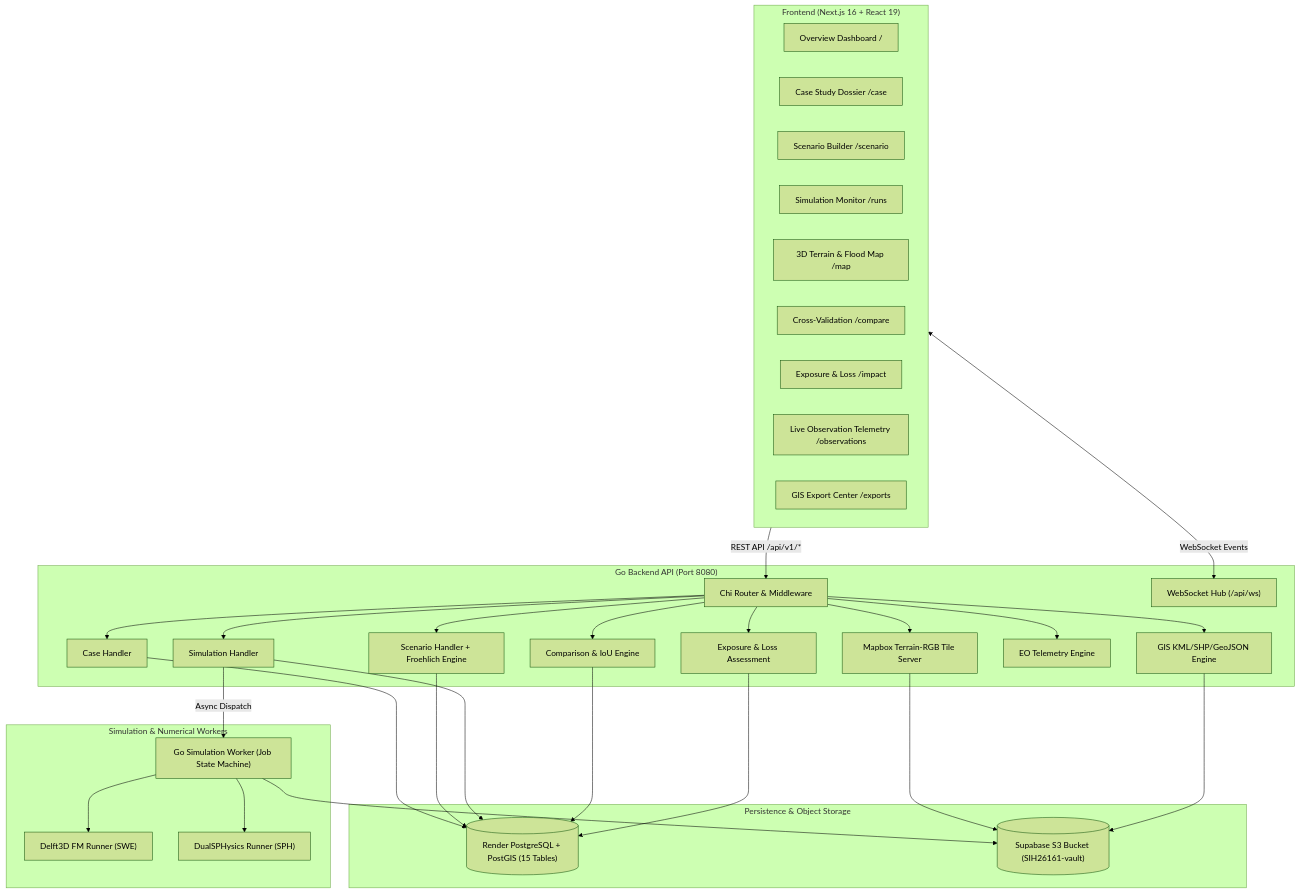
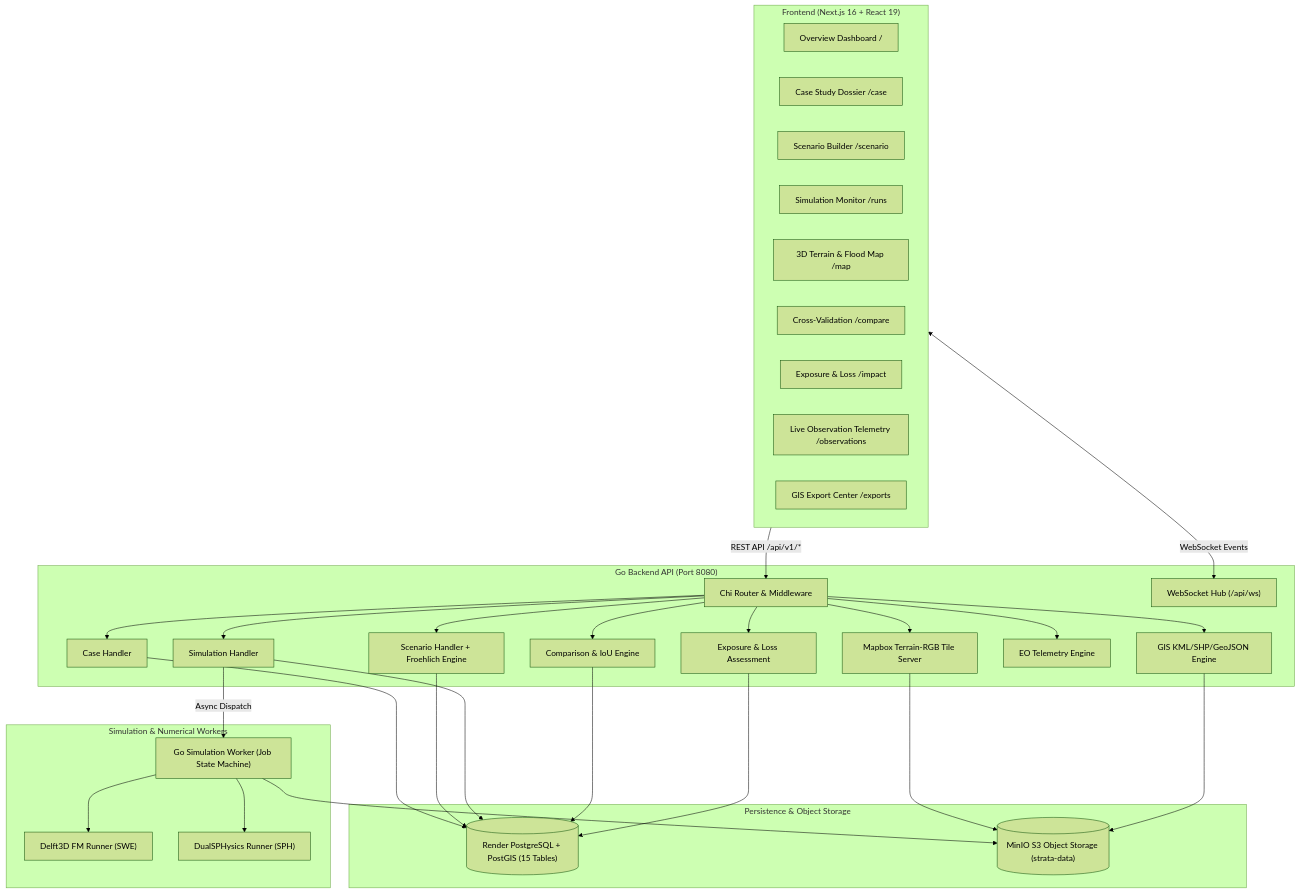
The diagram in docs/architecture/overview.md (adityajha-coder/SIH26161), drawn with Mermaid (forest theme) before and after one commit. The commit also changed other lines of this file and 8 other files, not shown here.

````diff
--- a/docs/architecture/overview.md
+++ b/docs/architecture/overview.md
@@ -3,46 +3,46 @@
 ```mermaid
 graph TD
     subgraph UI ["Frontend (Next.js 16 + React 19)"]
         Dashboard["Overview Dashboard /"]
         CaseStudy["Case Study Dossier /case"]
         ScenarioBuilder["Scenario Builder /scenario"]
         RunMonitor["Simulation Monitor /runs"]
         FloodMap["3D Terrain & Flood Map /map"]
         Compare["Cross-Validation /compare"]
         Impact["Exposure & Loss /impact"]
         EO["Live Observation Telemetry /observations"]
         Export["GIS Export Center /exports"]
     end
 
     subgraph API ["Go Backend API (Port 8080)"]
         Router["Chi Router & Middleware"]
         WSHub["WebSocket Hub (/api/ws)"]
         CaseH["Case Handler"]
         ScenH["Scenario Handler + Froehlich Engine"]
         SimH["Simulation Handler"]
         TileH["Mapbox Terrain-RGB Tile Server"]
         CompH["Comparison & IoU Engine"]
         ImpactH["Exposure & Loss Assessment"]
         ObsH["EO Telemetry Engine"]
         ExportH["GIS KML/SHP/GeoJSON Engine"]
     end
 
     subgraph Worker ["Simulation & Numerical Workers"]
         SimWorker["Go Simulation Worker (Job State Machine)"]
         DelftRunner["Delft3D FM Runner (SWE)"]
         SPHRunner["DualSPHysics Runner (SPH)"]
     end
 
     subgraph DataStore ["Persistence & Object Storage"]
         Postgres[("Render PostgreSQL + PostGIS (15 Tables)")]
-        S3Storage[("Supabase S3 Bucket (SIH26161-vault)")]
+        S3Storage[("MinIO S3 Object Storage (strata-data)")]
     end
 
     UI -->|REST API /api/v1/*| Router
     UI <-->|WebSocket Events| WSHub
     Router --> CaseH & ScenH & SimH & TileH & CompH & ImpactH & ObsH & ExportH
     SimH -->|Async Dispatch| SimWorker
     SimWorker --> DelftRunner & SPHRunner
     CaseH & ScenH & SimH & CompH & ImpactH --> Postgres
     TileH & SimWorker & ExportH --> S3Storage
 ```
````
